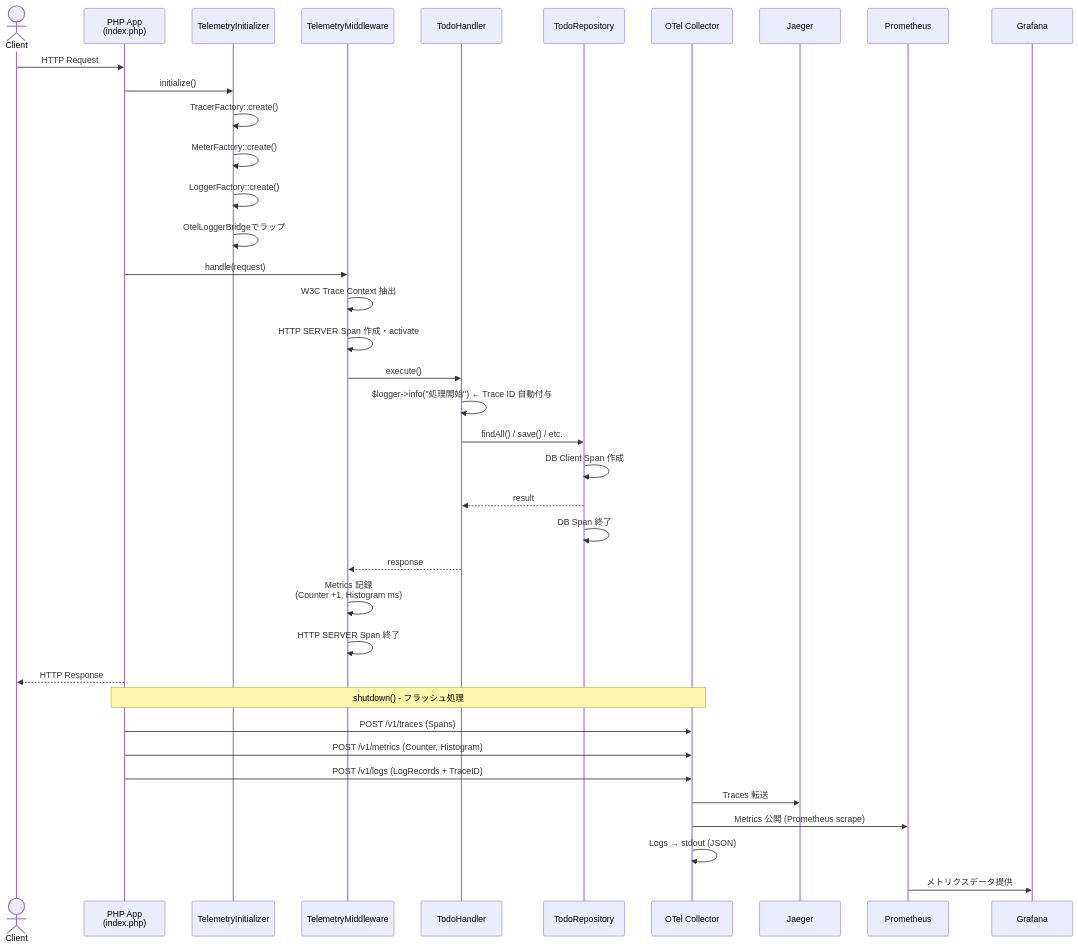
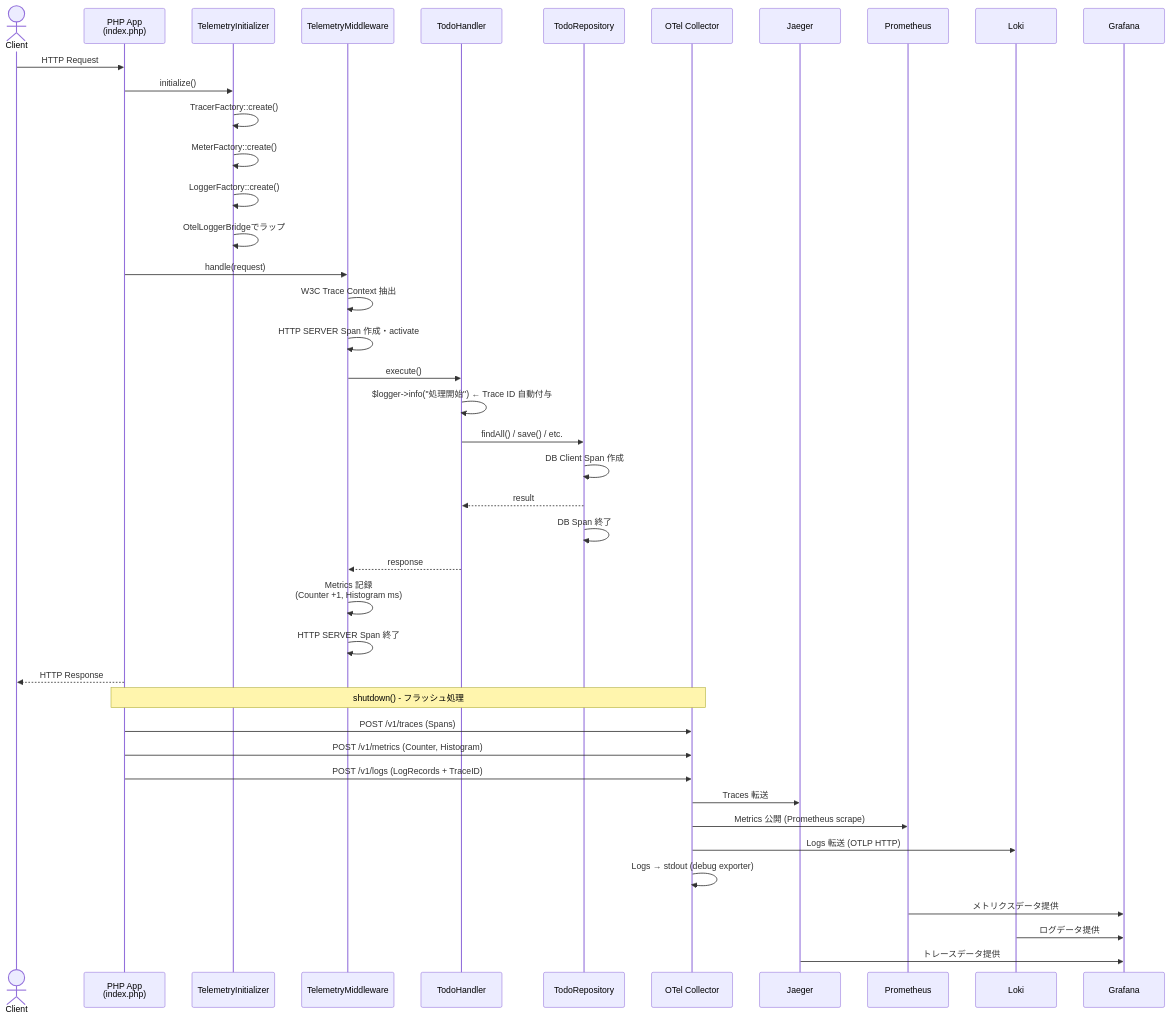
The seventh of 9 diagrams in simple-php-amp/docs/architecture.md (Fendo181/OpenTelemetryPractice), drawn with Mermaid before and after one commit. The commit also changed other lines of this file, not shown here.

Commit message:
update: アーキテクチャ図

````diff
--- a/simple-php-amp/docs/architecture.md
+++ b/simple-php-amp/docs/architecture.md
@@ -250,48 +270,52 @@
 ```mermaid
 sequenceDiagram
     actor Client
     participant PHP as PHP App<br/>(index.php)
     participant Init as TelemetryInitializer
     participant MW as TelemetryMiddleware
     participant Handler as TodoHandler
     participant Repo as TodoRepository
     participant Col as OTel Collector
     participant Jaeger as Jaeger
     participant Prom as Prometheus
+    participant Loki as Loki
     participant Grafana as Grafana
 
     Client->>PHP: HTTP Request
     PHP->>Init: initialize()
     Init->>Init: TracerFactory::create()
     Init->>Init: MeterFactory::create()
     Init->>Init: LoggerFactory::create()
     Init->>Init: OtelLoggerBridgeでラップ
 
     PHP->>MW: handle(request)
     MW->>MW: W3C Trace Context 抽出
     MW->>MW: HTTP SERVER Span 作成・activate
 
     MW->>Handler: execute()
     Handler->>Handler: $logger->info("処理開始") ← Trace ID 自動付与
     Handler->>Repo: findAll() / save() / etc.
     Repo->>Repo: DB Client Span 作成
     Repo-->>Handler: result
     Repo->>Repo: DB Span 終了
 
     Handler-->>MW: response
     MW->>MW: Metrics 記録<br/>(Counter +1, Histogram ms)
     MW->>MW: HTTP SERVER Span 終了
 
     PHP-->>Client: HTTP Response
 
     Note over PHP,Col: shutdown() - フラッシュ処理
     PHP->>Col: POST /v1/traces (Spans)
     PHP->>Col: POST /v1/metrics (Counter, Histogram)
     PHP->>Col: POST /v1/logs (LogRecords + TraceID)
 
     Col->>Jaeger: Traces 転送
     Col->>Prom: Metrics 公開 (Prometheus scrape)
-    Col->>Col: Logs → stdout (JSON)
+    Col->>Loki: Logs 転送 (OTLP HTTP)
+    Col->>Col: Logs → stdout (debug exporter)
 
     Prom->>Grafana: メトリクスデータ提供
+    Loki->>Grafana: ログデータ提供
+    Jaeger->>Grafana: トレースデータ提供
 ```
````
